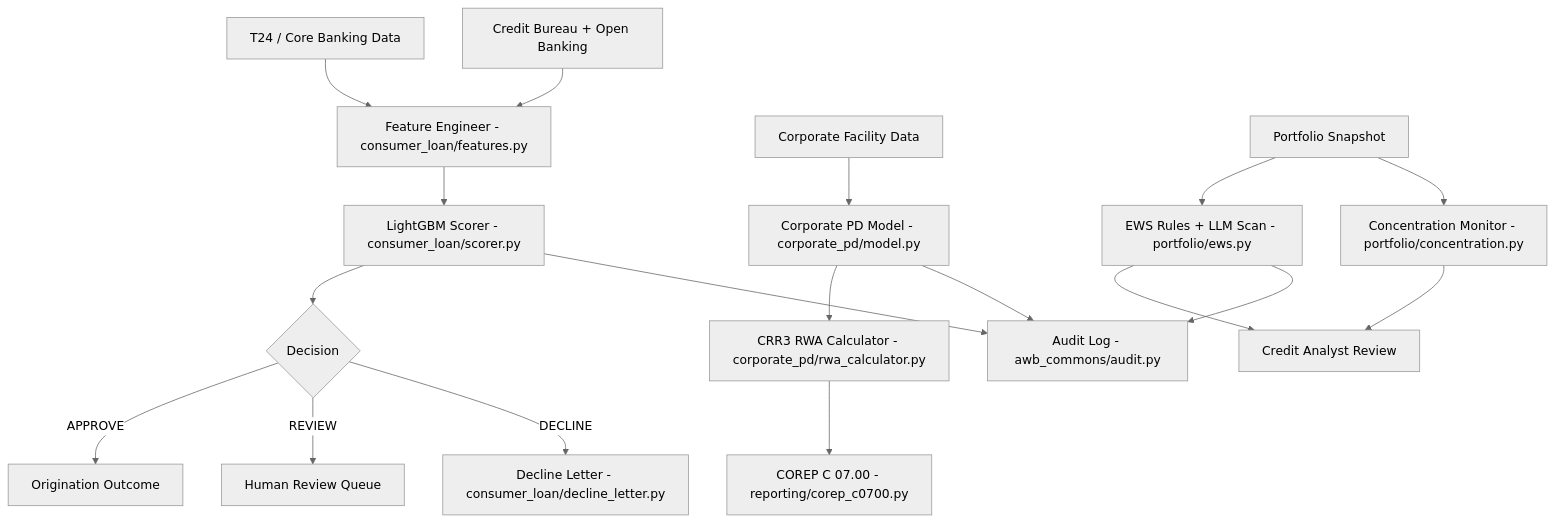
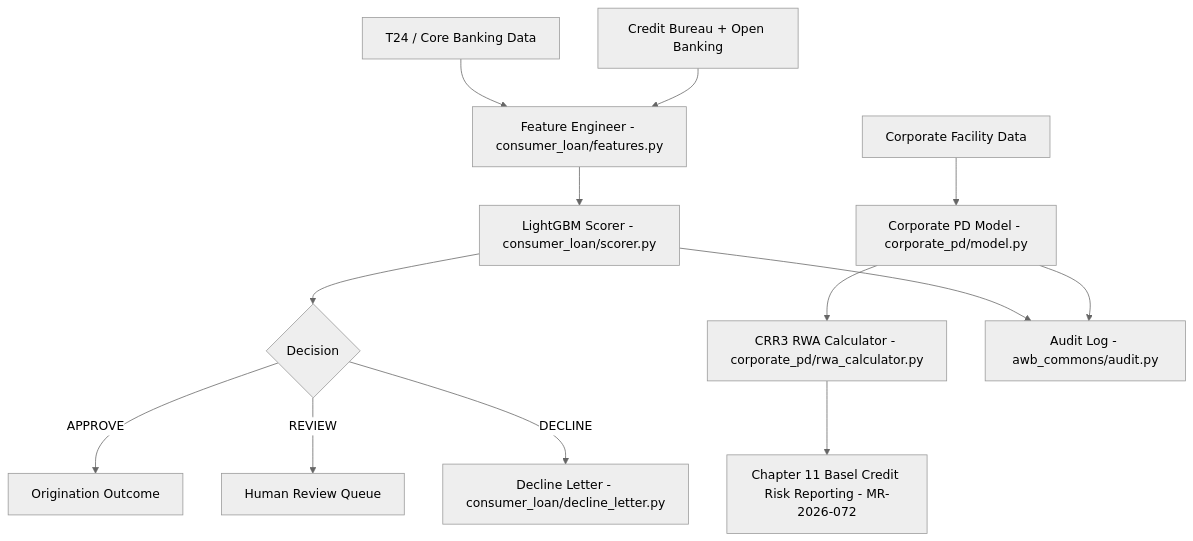
One commit to lorvexai/ai-banking-risk-platform changed the first of 3 diagrams in chapter-06-credit-risk/README.md. Above: the diagram before and after it, drawn with Mermaid (neutral theme). The commit also changed other lines of this file and 48 other files, not shown here.

````diff
--- a/chapter-06-credit-risk/README.md
+++ b/chapter-06-credit-risk/README.md
@@ -50,23 +52,17 @@
 ```mermaid
 flowchart TD
   A["T24 / Core Banking Data"] --> B["Feature Engineer - consumer_loan/features.py"]
   C["Credit Bureau + Open Banking"] --> B
   B --> D["LightGBM Scorer - consumer_loan/scorer.py"]
   D --> E{"Decision"}
   E -->|APPROVE| F["Origination Outcome"]
   E -->|REVIEW| G["Human Review Queue"]
   E -->|DECLINE| H["Decline Letter - consumer_loan/decline_letter.py"]
 
   I["Corporate Facility Data"] --> J["Corporate PD Model - corporate_pd/model.py"]
   J --> K["CRR3 RWA Calculator - corporate_pd/rwa_calculator.py"]
-  K --> L["COREP C 07.00 - reporting/corep_c0700.py"]
-
-  M["Portfolio Snapshot"] --> N["EWS Rules + LLM Scan - portfolio/ews.py"]
-  M --> O["Concentration Monitor - portfolio/concentration.py"]
-  N --> P["Credit Analyst Review"]
-  O --> P
+  K --> L["Chapter 11 Basel Credit Risk Reporting - MR-2026-072"]
 
   D --> Q["Audit Log - awb_commons/audit.py"]
   J --> Q
-  N --> Q
 ```
````
